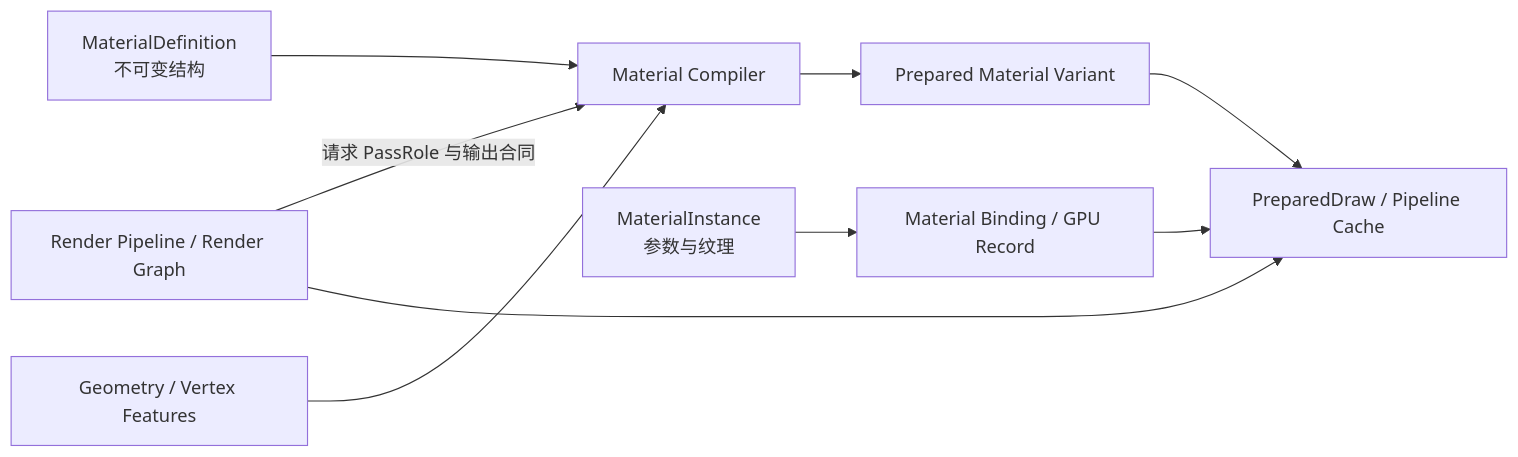
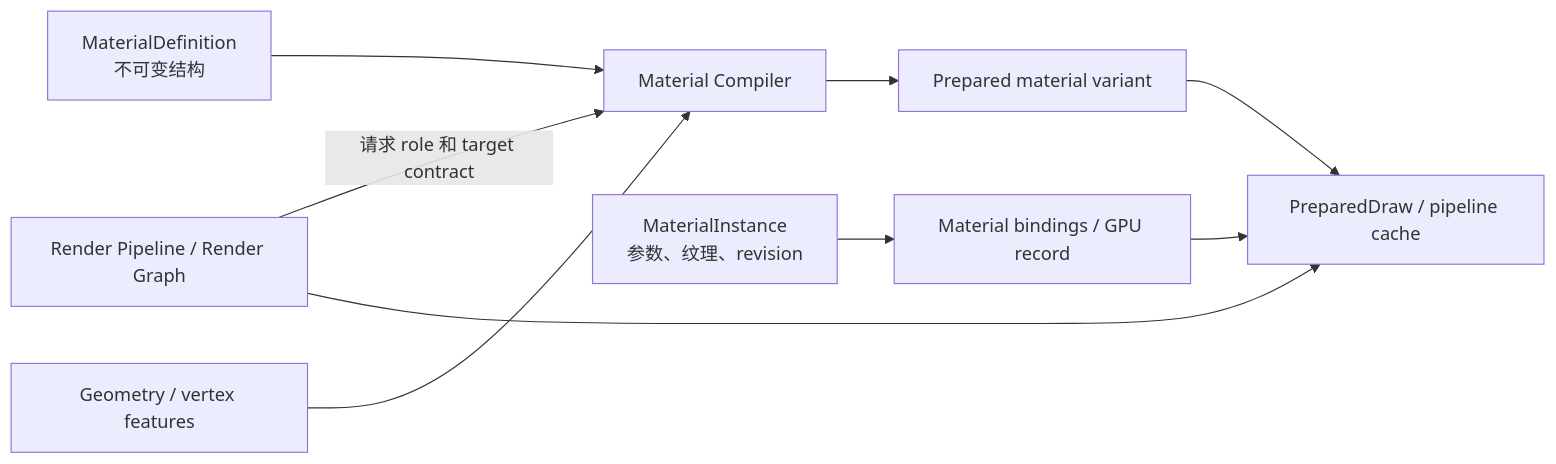
One commit to hiloteam/Hilo3d changed the diagram in documentation/MATERIAL_SYSTEM_MODERNIZATION.md. Above: the diagram before and after it, drawn with Mermaid. The commit also changed other lines of this file and 173 other files, not shown here.

````diff
--- a/documentation/MATERIAL_SYSTEM_MODERNIZATION.md
+++ b/documentation/MATERIAL_SYSTEM_MODERNIZATION.md
@@ -208,11 +22,11 @@
 ```mermaid
 flowchart LR
-  P["Render Pipeline / Render Graph"] -->|请求 PassRole 与输出合同| C["Material Compiler"]
-  D["MaterialDefinition<br/>不可变结构"] --> C
-  I["MaterialInstance<br/>参数与纹理"] --> B["Material Binding / GPU Record"]
-  G["Geometry / Vertex Features"] --> C
-  C --> V["Prepared Material Variant"]
-  V --> R["PreparedDraw / Pipeline Cache"]
-  B --> R
-  P --> R
+    P["Render Pipeline / Render Graph"] -->|"请求 role 和 target contract"| C["Material Compiler"]
+    D["MaterialDefinition<br/>不可变结构"] --> C
+    I["MaterialInstance<br/>参数、纹理、revision"] --> B["Material bindings / GPU record"]
+    G["Geometry / vertex features"] --> C
+    C --> V["Prepared material variant"]
+    V --> R["PreparedDraw / pipeline cache"]
+    B --> R
+    P --> R
 ```
````
